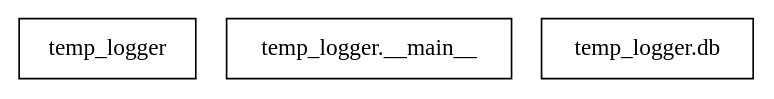
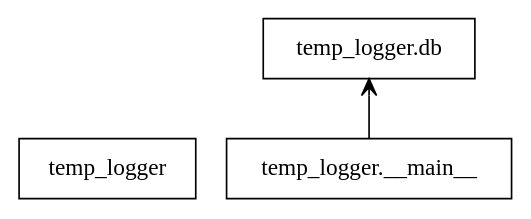
One commit to Jelloeater/hubitat-temp-logger changed the diagram in docs/packages.dot. Above: the diagram before and after it, drawn with Graphviz. The commit also changed 5 other files, not shown here.

```diff
--- a/docs/packages.dot
+++ b/docs/packages.dot
@@ -1,7 +1,8 @@
 digraph "packages" {
 rankdir=BT
 charset="utf-8"
 "temp_logger" [color="black", label=<temp_logger>, shape="box", style="solid"];
 "temp_logger.__main__" [color="black", label=<temp_logger.__main__>, shape="box", style="solid"];
 "temp_logger.db" [color="black", label=<temp_logger.db>, shape="box", style="solid"];
+"temp_logger.__main__" -> "temp_logger.db" [arrowhead="open", arrowtail="none"];
 }
```
